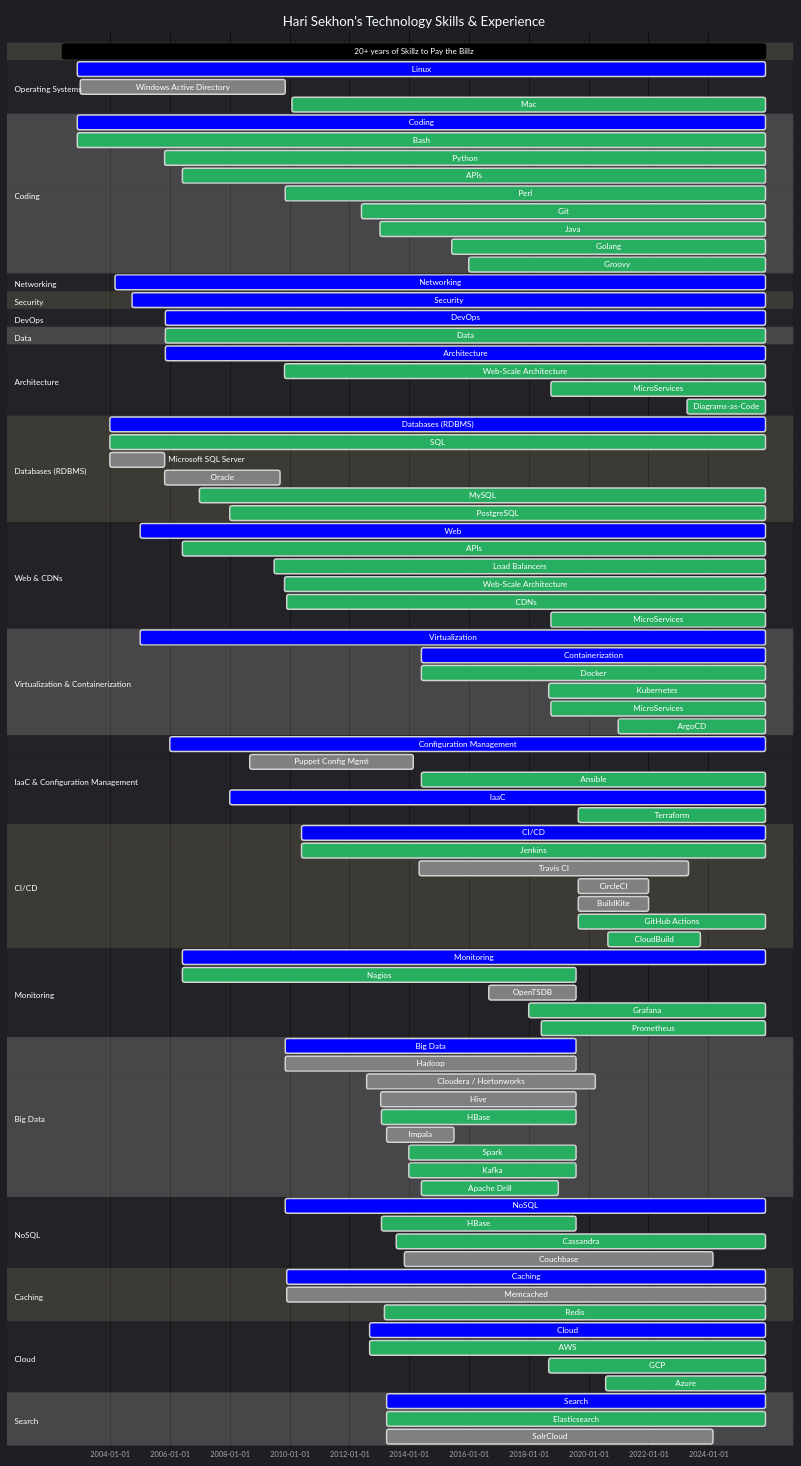
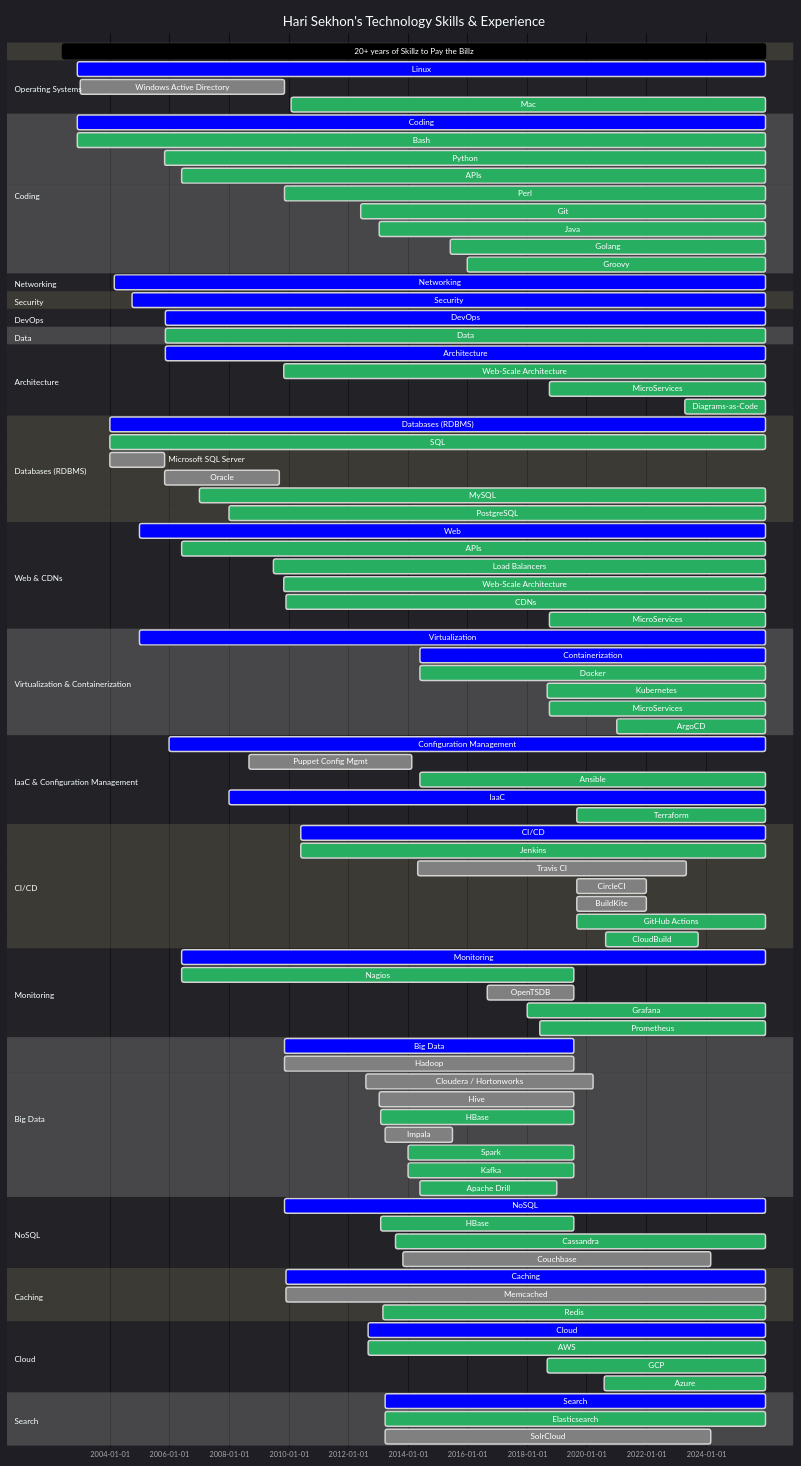
The second of 2 diagrams in README.md (HariSekhon/HariSekhon), drawn with Mermaid before and after one commit. The commit also changed other lines of this file, not shown here.

Commit message:
updated profile counters

````diff
--- a/README.md
+++ b/README.md
@@ -1372,129 +1372,129 @@
     title Hari Sekhon's Technology Skills & Experience
     dateFormat  YYYY-MM-DD
 
-    20+ years of Skillz to Pay the Billz : 2002-06-01, 2025-11-30
+    20+ years of Skillz to Pay the Billz : 2002-06-01, 2025-12-30
 
     section Operating Systems
-    Linux                    : crit, 2002-12-01, 2025-11-30
+    Linux                    : crit, 2002-12-01, 2025-12-30
     Windows Active Directory : done, 2003-01-01, 2009-11-10
-    %%Redhat Linux             : active, 2002-12-01, 2025-11-30
-    %%Debian Linux             : active, 2003-01-01, 2025-11-30
+    %%Redhat Linux             : active, 2002-12-01, 2025-12-30
+    %%Debian Linux             : active, 2003-01-01, 2025-12-30
     %%Gentoo Linux             : done, 2004-06-01, 2009-11-10
-    %%Ubuntu Linux             : active, 2006-06-01, 2025-11-30
-    %%Alpine Linux             : done, 2016-01-01, 2025-11-30
-    Mac                      : active, 2010-02-01, 2025-11-30
+    %%Ubuntu Linux             : active, 2006-06-01, 2025-12-30
+    %%Alpine Linux             : done, 2016-01-01, 2025-12-30
+    Mac                      : active, 2010-02-01, 2025-12-30
 
     section Coding
-    Coding                 : crit, 2002-12-01, 2025-11-30
-    Bash                   : active, 2002-12-01, 2025-11-30
-    Python                 : active, 2005-11-01, 2025-11-30
-    APIs                   : active, 2006-06-01, 2025-11-30
+    Coding                 : crit, 2002-12-01, 2025-12-30
+    Bash                   : active, 2002-12-01, 2025-12-30
+    Python                 : active, 2005-11-01, 2025-12-30
+    APIs                   : active, 2006-06-01, 2025-12-30
     %%VBScript               : done, 2005-05-01, 2009-11-01
-    Perl                   : active, 2009-11-13, 2025-11-30
-    Git                    : active, 2012-06-01, 2025-11-30
+    Perl                   : active, 2009-11-13, 2025-12-30
+    Git                    : active, 2012-06-01, 2025-12-30
     %%Ruby                   : done, 2009-11-13, 2013-01-31
-    Java                   : active, 2013-01-13, 2025-11-30
+    Java                   : active, 2013-01-13, 2025-12-30
     %%Jython                 : done, 2013-01-13, 2015-12-31
     %%JRuby                  : done, 2013-03-01, 2013-08-31
     %%Scala                  : done, 2014-01-01, 2015-12-31
-    Golang                 : active, 2015-06-01, 2025-11-30
-    Groovy                 : active, 2016-01-01, 2025-11-30
+    Golang                 : active, 2015-06-01, 2025-12-30
+    Groovy                 : active, 2016-01-01, 2025-12-30
 
     %%section Build Systems
-    %%Make                   : active, 2006-06-01, 2025-11-30
-    %%Maven                  : active, 2013-02-01, 2025-11-30
-    %%SBT                    : active, 2014-01-01, 2025-11-30
-    %%Gradle                 : active, 2014-06-01, 2025-11-30
+    %%Make                   : active, 2006-06-01, 2025-12-30
+    %%Maven                  : active, 2013-02-01, 2025-12-30
+    %%SBT                    : active, 2014-01-01, 2025-12-30
+    %%Gradle                 : active, 2014-06-01, 2025-12-30
 
     %%section Version Control Systems
     %%Subversion             : done, 2005-11-13, 2012-06-01
     %%Mercurial              : done, 2011-06-01, 2013-06-01
-    %%Git                    : active, 2012-06-01, 2025-11-30
-    %%GitHub                 : active, 2012-12-31, 2025-11-30
+    %%Git                    : active, 2012-06-01, 2025-12-30
+    %%GitHub                 : active, 2012-12-31, 2025-12-30
 
     section Networking
-    Networking             : crit, 2004-03-01, 2025-11-30
-    %%VPNs                   : active, 2006-06-01, 2025-11-30
-    %%Cisco - IOS / NX-OS    : done, 2004-03-01, 2025-11-30
+    Networking             : crit, 2004-03-01, 2025-12-30
+    %%VPNs                   : active, 2006-06-01, 2025-12-30
+    %%Cisco - IOS / NX-OS    : done, 2004-03-01, 2025-12-30
     %%Juniper - Netscreen / SSG / SRX / ScreenOS / JunOS : done, 2007-01-01, 2013-01-18
     %%Netgear                : done, 2005-01-01, 2012-12-31
 
     section Load Balancers
 
     section Security
-    Security               : crit, 2004-10-01, 2025-11-30
-    %%Kerberos               : active, 2006-06-01, 2025-11-30
-    %%LDAP                   : active, 2006-06-01, 2025-11-30
+    Security               : crit, 2004-10-01, 2025-12-30
+    %%Kerberos               : active, 2006-06-01, 2025-12-30
+    %%LDAP                   : active, 2006-06-01, 2025-12-30
 
     section DevOps
-    DevOps                   : crit, 2005-11-11, 2025-11-30
+    DevOps                   : crit, 2005-11-11, 2025-12-30
 
     section Data
-    Data                   : active, 2005-11-11, 2025-11-30
-    %%Data Validation        : done, 2006-06-01, 2025-11-30
-    %%Data Science           : done, 2013-01-18, 2025-11-30
+    Data                   : active, 2005-11-11, 2025-12-30
+    %%Data Validation        : done, 2006-06-01, 2025-12-30
+    %%Data Science           : done, 2013-01-18, 2025-12-30
 
     section Architecture
-    Architecture            : crit,   2005-11-11, 2025-11-30
-    Web-Scale Architecture  : active, 2009-11-01, 2025-11-30
-    MicroServices           : active, 2018-10-01, 2025-11-30
-    Diagrams-as-Code        : active, 2023-04-14, 2025-11-30
+    Architecture            : crit,   2005-11-11, 2025-12-30
+    Web-Scale Architecture  : active, 2009-11-01, 2025-12-30
+    MicroServices           : active, 2018-10-01, 2025-12-30
+    Diagrams-as-Code        : active, 2023-04-14, 2025-12-30
 
     section Databases (RDBMS)
-    Databases (RDBMS)      : crit, 2004-01-01, 2025-11-30
-    SQL                    : active, 2004-01-01, 2025-11-30
+    Databases (RDBMS)      : crit, 2004-01-01, 2025-12-30
+    SQL                    : active, 2004-01-01, 2025-12-30
     Microsoft SQL Server   : done, 2004-01-01, 2005-10-31
     Oracle                 : done, 2005-11-01, 2009-09-10
-    MySQL                  : active, 2007-01-01, 2025-11-30
-    PostgreSQL             : active, 2008-01-01, 2025-11-30
+    MySQL                  : active, 2007-01-01, 2025-12-30
+    PostgreSQL             : active, 2008-01-01, 2025-12-30
 
     section Web & CDNs
-    Web                    : crit, 2005-01-01, 2025-11-30
-    APIs                   : active, 2006-06-01, 2025-11-30
+    Web                    : crit, 2005-01-01, 2025-12-30
+    APIs                   : active, 2006-06-01, 2025-12-30
 
-    Load Balancers         : active, 2009-07-01, 2025-11-30
+    Load Balancers         : active, 2009-07-01, 2025-12-30
     %%LVS                    : done, 2009-01-01, 2009-11-11
     %%Foundry - ServerIron XL / 4G : done, 2009-10-13, 2011-11-31
     %%F5 BigIP               : done, 2010-06-01, 2013-01-18
-    %%HAProxy                : active, 2018-04-01, 2025-11-30
-    %%Kong                   : active, 2023-03-01, 2025-11-30
-    %%Traefik                : active, 2023-03-01, 2025-11-30
+    %%HAProxy                : active, 2018-04-01, 2025-12-30
+    %%Kong                   : active, 2023-03-01, 2025-12-30
+    %%Traefik                : active, 2023-03-01, 2025-12-30
 
-    Web-Scale Architecture : active, 2009-11-01, 2025-11-30
-    CDNs                   : active, 2009-12-01, 2025-11-30
+    Web-Scale Architecture : active, 2009-11-01, 2025-12-30
+    CDNs                   : active, 2009-12-01, 2025-12-30
     %%UlraDNS                : done, 2009-11-01, 2012-06-31
     %%Cotendo                : done, 2012-06-01, 2013-01-13
-    %%Cloudflare             : active, 2020-08-20, 2025-11-30
-    MicroServices            : active, 2018-10-01, 2025-11-30
+    %%Cloudflare             : active, 2020-08-20, 2025-12-30
+    MicroServices            : active, 2018-10-01, 2025-12-30
 
     section Virtualization & Containerization
-    Virtualization         : crit, 2005-01-01, 2025-11-30
+    Virtualization         : crit, 2005-01-01, 2025-12-30
     %%VMware ESX, ESXi, VirtualBox : done, 2005-01-01, 2017-02-16
     %%Vagrant                : active, 2013-01-01, 2023-12-31
-    Containerization       : crit, 2014-06-01, 2025-11-30
-    Docker                 : active, 2014-06-01, 2025-11-30
-    Kubernetes             : active, 2018-09-01, 2025-11-30
-    MicroServices          : active, 2018-10-01, 2025-11-30
-    ArgoCD                 : active, 2021-01-01, 2025-11-30
+    Containerization       : crit, 2014-06-01, 2025-12-30
+    Docker                 : active, 2014-06-01, 2025-12-30
+    Kubernetes             : active, 2018-09-01, 2025-12-30
+    MicroServices          : active, 2018-10-01, 2025-12-30
+    ArgoCD                 : active, 2021-01-01, 2025-12-30
 
     section IaaC & Configuration Management
-    Configuration Management :crit, 2006-01-01, 2025-11-30
+    Configuration Management :crit, 2006-01-01, 2025-12-30
     Puppet Config Mgmt     : done, 2008-09-01, 2014-02-18
-    Ansible                : active, 2014-06-01, 2025-11-30
-    IaaC                   :crit, 2008-01-01, 2025-11-30
-    Terraform              :active, 2019-09-01, 2025-11-30
+    Ansible                : active, 2014-06-01, 2025-12-30
+    IaaC                   :crit, 2008-01-01, 2025-12-30
+    Terraform              :active, 2019-09-01, 2025-12-30
     %%Terraform Cloud        : active, 2021-09-01, 2022-09-31
-    %%Kickstart              : active, 2008-01-01, 2025-11-30
-    %%Preseed                : active, 2009-01-01, 2025-11-30
-    %%AutoInstall            : active, 2023-01-01, 2025-11-30
+    %%Kickstart              : active, 2008-01-01, 2025-12-30
+    %%Preseed                : active, 2009-01-01, 2025-12-30
+    %%AutoInstall            : active, 2023-01-01, 2025-12-30
 
     section CI/CD
-    CI/CD                  : crit, 2010-06-01, 2025-11-30
-    Jenkins                : active, 2010-06-01, 2025-11-30
+    CI/CD                  : crit, 2010-06-01, 2025-12-30
+    Jenkins                : active, 2010-06-01, 2025-12-30
     Travis CI              : done, 2014-05-01, 2023-05-08
     CircleCI               : done, 2019-09-01, 2021-12-31
     BuildKite              : done, 2019-09-01, 2021-12-31
-    GitHub Actions         : active, 2019-09-01, 2025-11-30
+    GitHub Actions         : active, 2019-09-01, 2025-12-30
     %%GitLab                 : active, 2019-09-01, 2022-12-31
     %%Azure DevOps           : done, 2019-09-01, 2022-12-31
     %%Bitbucket              : done, 2019-09-01, 2022-12-31
@@ -1503,11 +1503,11 @@
     CloudBuild             : active, 2020-08-20, 2023-09-30
 
     section Monitoring
-    Monitoring             : crit, 2006-06-01, 2025-11-30
+    Monitoring             : crit, 2006-06-01, 2025-12-30
     Nagios                 : active, 2006-06-01, 2019-07-31
     OpenTSDB               : done, 2016-09-01, 2019-07-31
-    Grafana                : active, 2018-01-01, 2025-11-30
-    Prometheus             : active, 2018-06-01, 2025-11-30
+    Grafana                : active, 2018-01-01, 2025-12-30
+    Prometheus             : active, 2018-06-01, 2025-12-30
     %%Pingdom                : done, 2020-08-20, 2023-09-17
     %%Datadog                : done, 2022-08-20, 2023-09-17
 
@@ -1525,28 +1525,28 @@
     Apache Drill           : active, 2014-06-01, 2018-12-31
 
     section NoSQL
-    NoSQL                  : crit, 2009-11-13, 2025-11-30
+    NoSQL                  : crit, 2009-11-13, 2025-12-30
     HBase                  : active, 2013-02-01, 2019-07-31
     %%MongoDB                : done, 2013-06-01, 2013-12-31
-    Cassandra              : active, 2013-08-01, 2025-11-30
+    Cassandra              : active, 2013-08-01, 2025-12-30
     Couchbase              : done, 2013-11-01, 2024-03-01
 
     section Caching
-    Caching                : crit, 2009-11-31, 2025-11-30
-    Memcached              : done, 2009-11-31, 2025-11-30
-    Redis                  : active, 2013-03-01, 2025-11-30
+    Caching                : crit, 2009-11-31, 2025-12-30
+    Memcached              : done, 2009-11-31, 2025-12-30
+    Redis                  : active, 2013-03-01, 2025-12-30
 
     section Cloud
-    Cloud            : crit, 2012-09-01, 2025-11-30
-    AWS              : active, 2012-09-01, 2025-11-30
-    GCP              : active, 2018-09-01, 2025-11-30
-    Azure            : active, 2020-08-01, 2025-11-30
+    Cloud            : crit, 2012-09-01, 2025-12-30
+    AWS              : active, 2012-09-01, 2025-12-30
+    GCP              : active, 2018-09-01, 2025-12-30
+    Azure            : active, 2020-08-01, 2025-12-30
 
     section Search
-    Search                 : crit, 2013-03-31, 2025-11-30
-    Elasticsearch          : active, 2013-03-31, 2025-11-30
-    %%LogStash               : done, 2013-03-31, 2025-11-30
-    %%Fluentd                : crit, 2018-03-31, 2025-11-30
-    %%Kibana                 : crit, 2013-03-31, 2025-11-30
+    Search                 : crit, 2013-03-31, 2025-12-30
+    Elasticsearch          : active, 2013-03-31, 2025-12-30
+    %%LogStash               : done, 2013-03-31, 2025-12-30
+    %%Fluentd                : crit, 2018-03-31, 2025-12-30
+    %%Kibana                 : crit, 2013-03-31, 2025-12-30
     SolrCloud              : done, 2013-04-01, 2024-03-01
 ```
````
